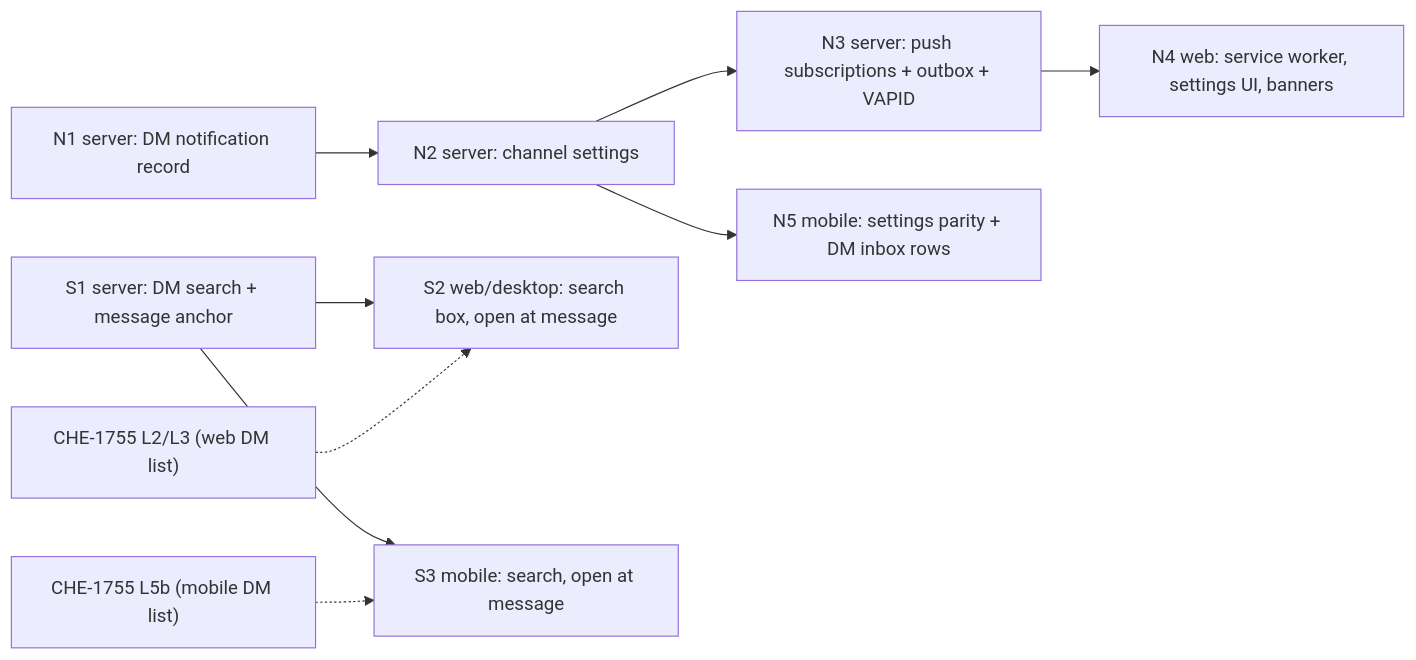
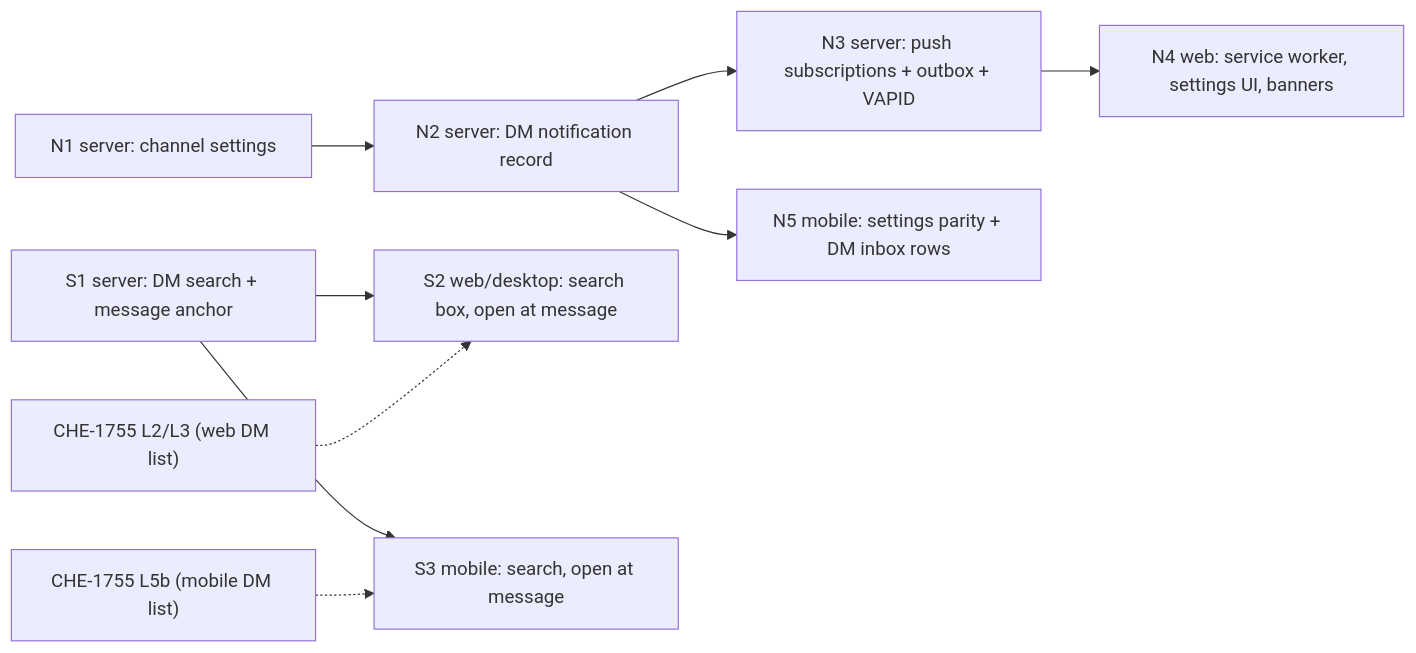
The diagram in docs/designs/dm-search-notifications-push.md (cheese-work/multica), drawn with Mermaid before and after one commit. The commit also changed other lines of this file, not shown here.

````diff
--- a/docs/designs/dm-search-notifications-push.md
+++ b/docs/designs/dm-search-notifications-push.md
@@ -62,11 +62,11 @@
 ```mermaid
 flowchart LR
-  N1["N1 server: DM notification record"] --> N2["N2 server: channel settings"]
+  N1["N1 server: channel settings"] --> N2["N2 server: DM notification record"]
   N2 --> N3["N3 server: push subscriptions + outbox + VAPID"]
   N3 --> N4["N4 web: service worker, settings UI, banners"]
   N2 --> N5["N5 mobile: settings parity + DM inbox rows"]
   S1["S1 server: DM search + message anchor"] --> S2["S2 web/desktop: search box, open at message"]
   S1 --> S3["S3 mobile: search, open at message"]
   CHE1755["CHE-1755 L2/L3 (web DM list)"] -.-> S2
   CHE1755b["CHE-1755 L5b (mobile DM list)"] -.-> S3
 ```
````
